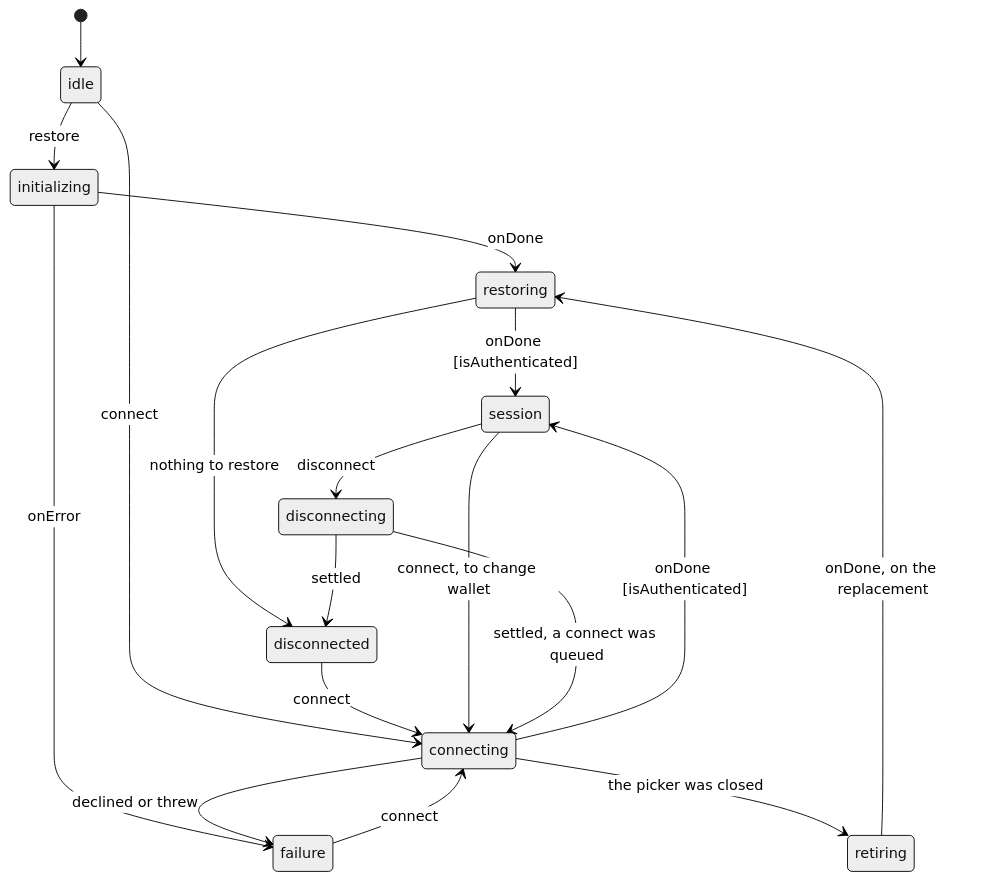
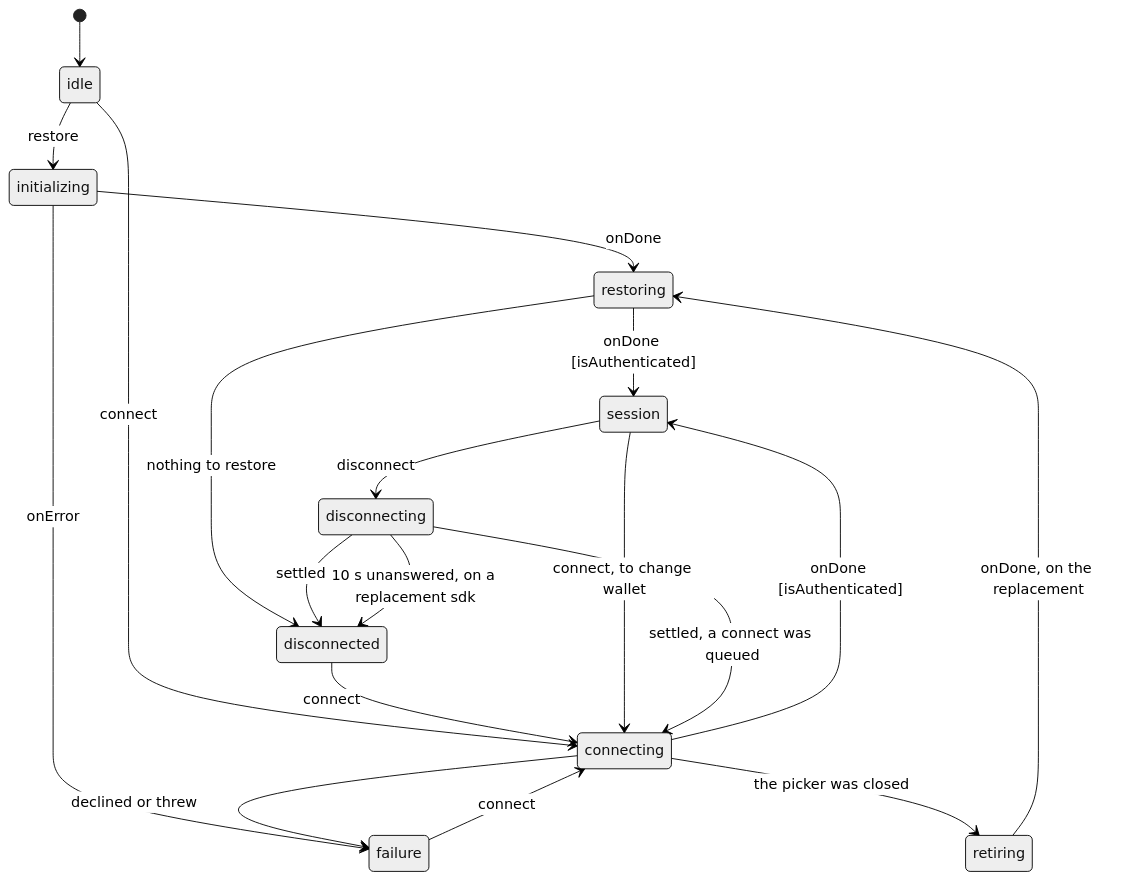
Before and after one commit to BootNodeDev/canton-dappbooster: the first of 2 diagrams in canton-connect/architecture/connection-machine.md, drawn with Mermaid (neutral theme). The commit also changed other lines of this file and 2 other files, not shown here.

````diff
--- a/canton-connect/architecture/connection-machine.md
+++ b/canton-connect/architecture/connection-machine.md
@@ -9,20 +9,21 @@
 ```mermaid
 stateDiagram-v2
     [*] --> idle
     idle --> initializing: restore
     initializing --> restoring: onDone
     initializing --> failure: onError
     restoring --> session: onDone [isAuthenticated]
     restoring --> disconnected: nothing to restore
     idle --> connecting: connect
     disconnected --> connecting: connect
     failure --> connecting: connect
     session --> connecting: connect, to change wallet
     connecting --> session: onDone [isAuthenticated]
     connecting --> failure: declined or threw
     connecting --> retiring: the picker was closed
     retiring --> restoring: onDone, on the replacement
     session --> disconnecting: disconnect
     disconnecting --> disconnected: settled
     disconnecting --> connecting: settled, a connect was queued
+    disconnecting --> disconnected: 10 s unanswered, on a replacement sdk
 ```
````
